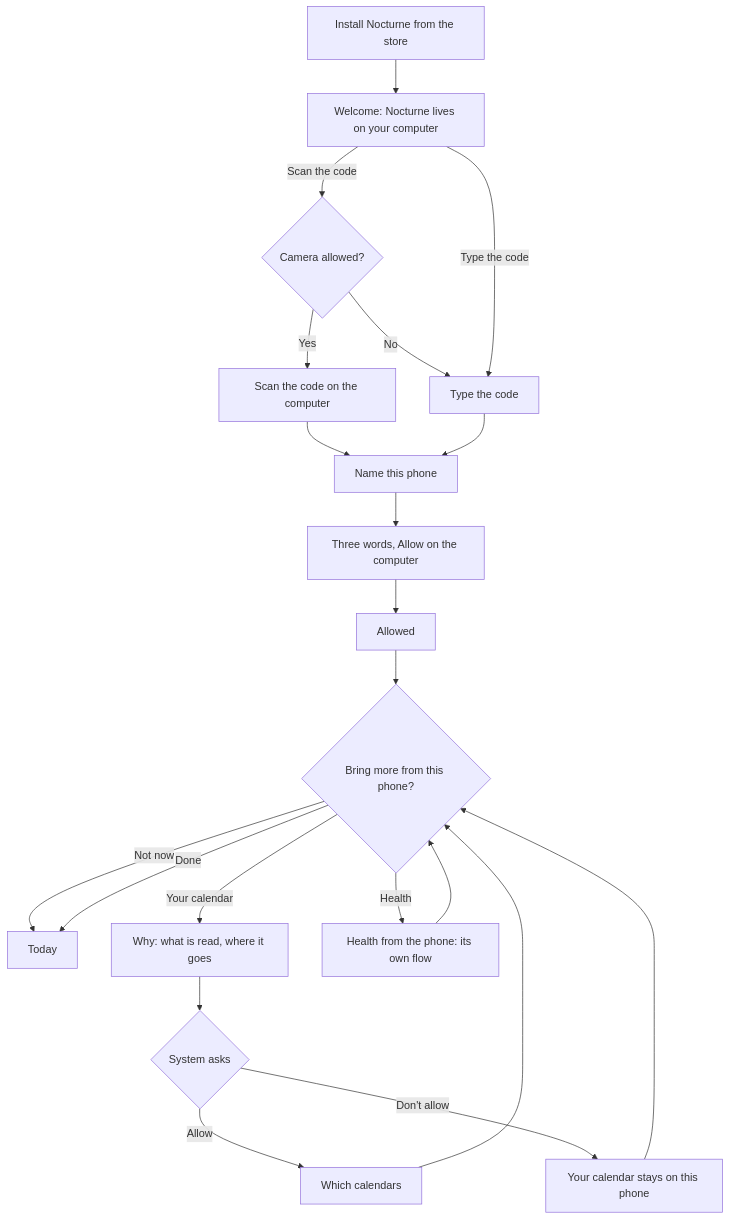
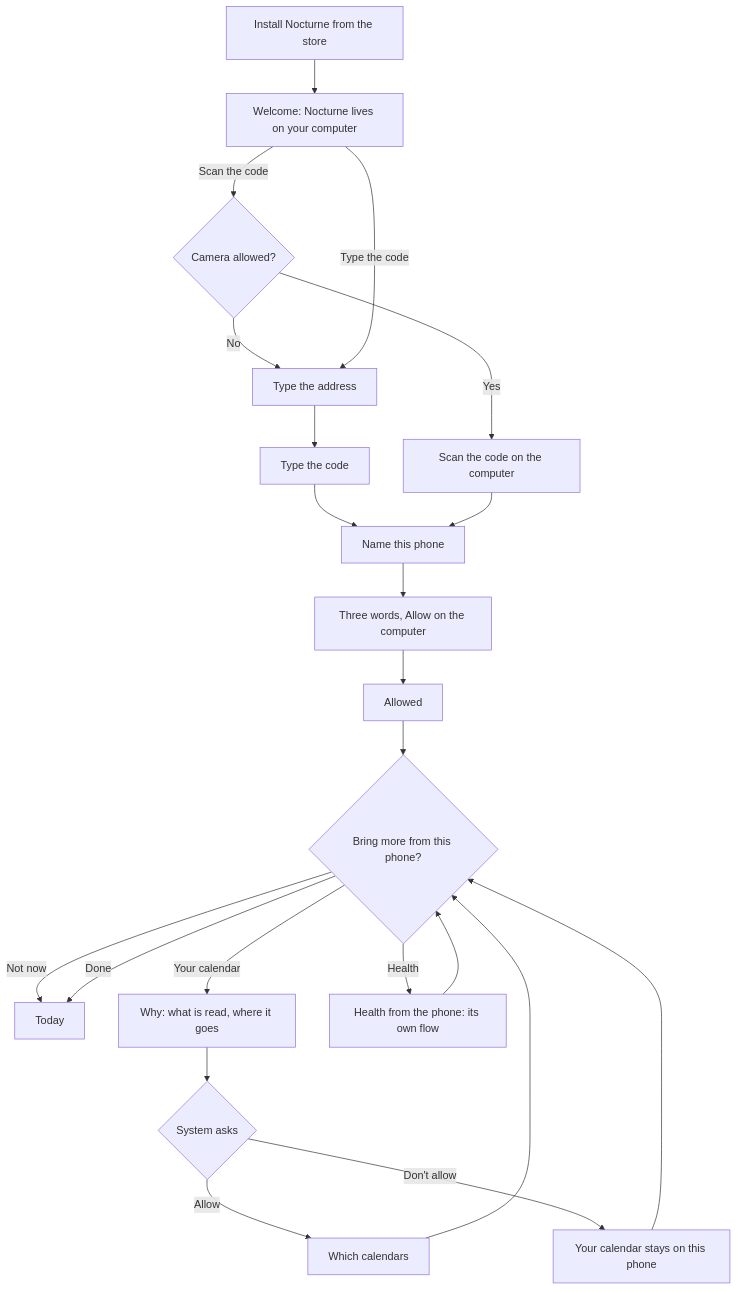
The first of 2 diagrams in docs/design/phone-apps.md (agync/nocturne), drawn with Mermaid before and after one commit. The commit also changed other lines of this file and 10 other files, not shown here.

````diff
--- a/docs/design/phone-apps.md
+++ b/docs/design/phone-apps.md
@@ -110,19 +110,20 @@
 ```mermaid
 flowchart TD
     S[Install Nocturne from the store] --> W[Welcome: Nocturne lives on your computer]
     W -->|Scan the code| C{Camera allowed?}
     C -->|Yes| SC[Scan the code on the computer]
-    C -->|No| T[Type the code]
+    C -->|No| T[Type the address]
     W -->|Type the code| T
+    T --> TC[Type the code]
+    TC --> N
     SC --> N[Name this phone]
-    T --> N
     N --> WD[Three words, Allow on the computer]
     WD --> A[Allowed]
     A --> O{Bring more from this phone?}
     O -->|Not now| H[Today]
     O -->|Your calendar| CD[Why: what is read, where it goes] --> CS{System asks}
     CS -->|Allow| CP[Which calendars] --> O
     CS -->|Don't allow| CN[Your calendar stays on this phone] --> O
     O -->|Health| HD[Health from the phone: its own flow] --> O
     O -->|Done| H
 ```
````
